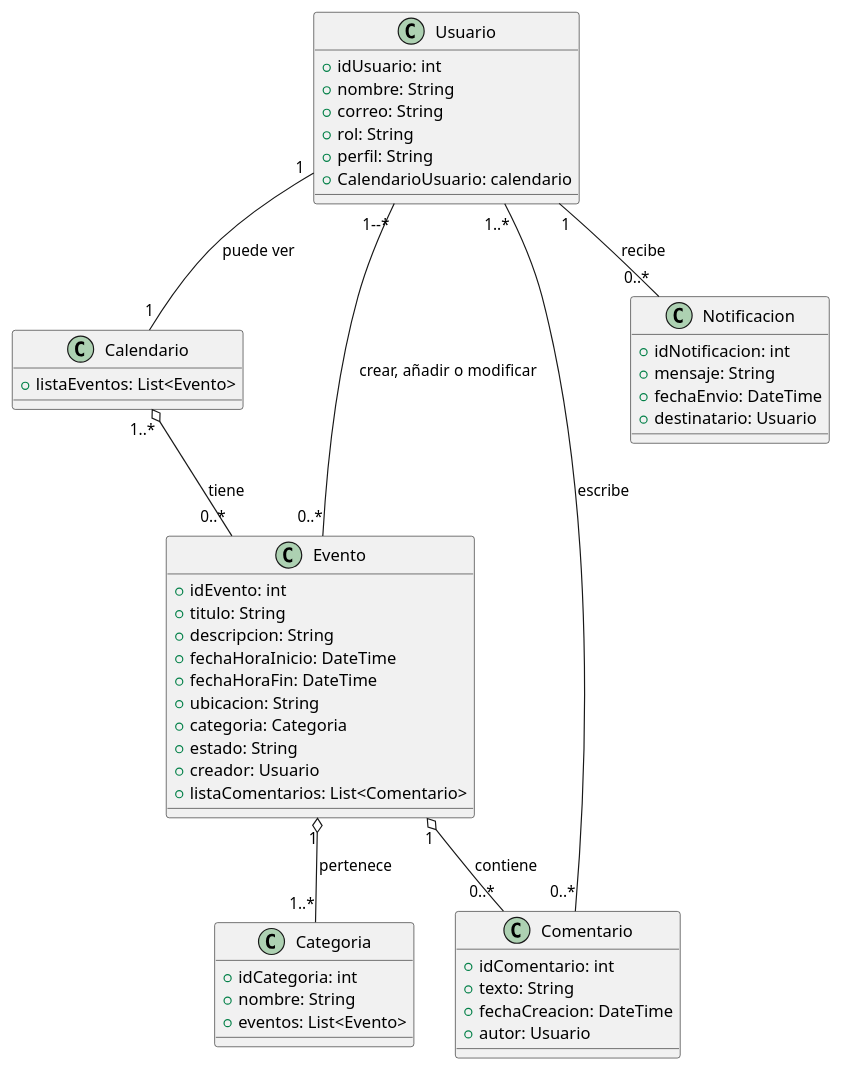
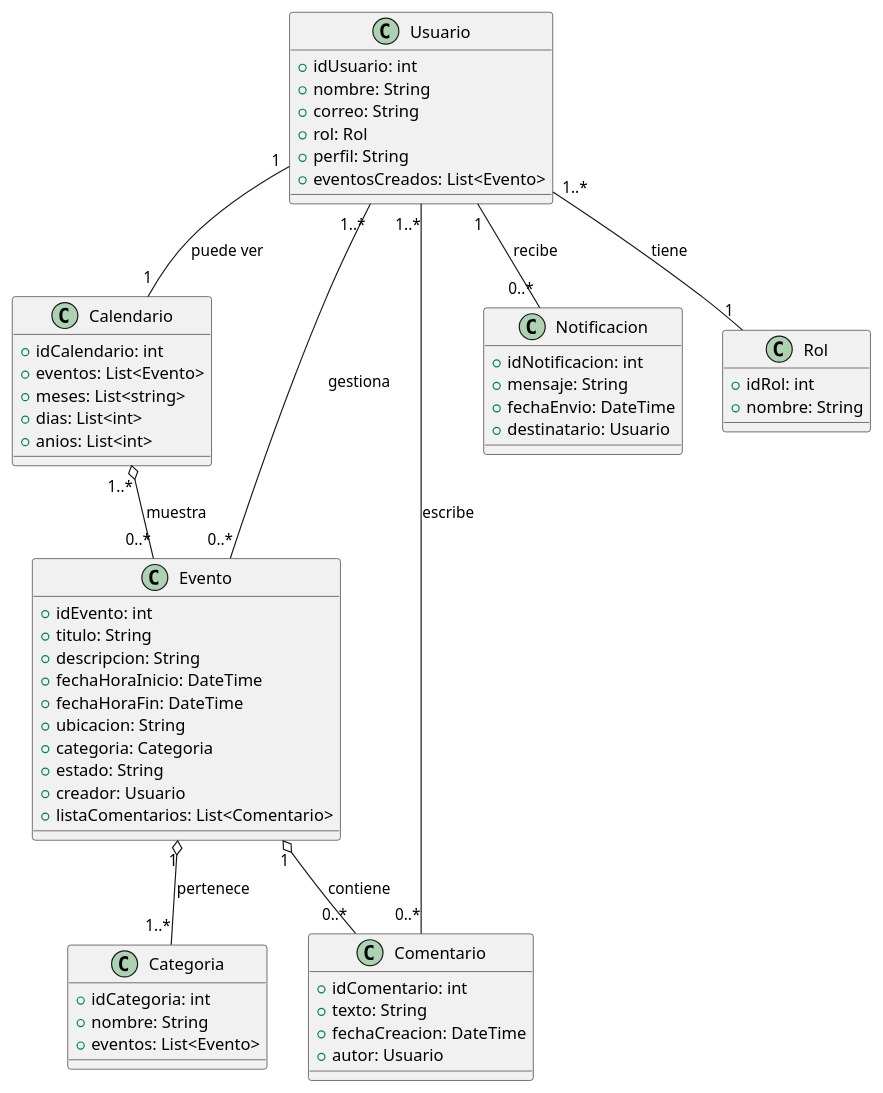
One commit to Andreinalcm/Proyecto_de_inge_grupo4 changed the diagram in docs/diagrams/diagrama_de_clases.plantuml. Above: the diagram before and after it, drawn with PlantUML.

Commit message:
Modifique el calendario

```diff
--- a/docs/diagrams/diagrama_de_clases.plantuml
+++ b/docs/diagrams/diagrama_de_clases.plantuml
@@ -1,59 +1,68 @@
 @startuml Diagrama de clases
 
-hide empty description
 
 class Usuario {
     +idUsuario: int
     +nombre: String
     +correo: String
-    +rol: String
+    +rol: Rol
     +perfil: String
-    +CalendarioUsuario: calendario
+    +eventosCreados: List<Evento>
 }
 
 class Calendario {
-    +listaEventos: List<Evento>
+    +idCalendario: int
+    +eventos: List<Evento>
+    +meses: List<string>
+    +dias: List<int>
+    +anios: List<int>
 }
 
 class Evento {
     +idEvento: int
     +titulo: String
     +descripcion: String
     +fechaHoraInicio: DateTime
     +fechaHoraFin: DateTime
     +ubicacion: String
     +categoria: Categoria
     +estado: String
     +creador: Usuario
     +listaComentarios: List<Comentario>
 }
 
 class Comentario {
     +idComentario: int
     +texto: String
     +fechaCreacion: DateTime
     +autor: Usuario
 }
 
 class Categoria {
     +idCategoria: int
     +nombre: String
     +eventos: List<Evento>
 }
 
 class Notificacion {
     +idNotificacion: int
     +mensaje: String
     +fechaEnvio: DateTime
     +destinatario: Usuario
 }
 
-Usuario "1--*" -- "0..*" Evento : crear, añadir o modificar
+class Rol{
+    +idRol: int
+    +nombre: String
+}
+
+Usuario "1..*" -- "0..*" Evento : gestiona
 Usuario "1..*" -- "0..*" Comentario : escribe
+Usuario "1..*" -- "1" Rol : tiene
 Evento "1" o-- "0..*" Comentario : contiene
 Evento "1" o-- "1..*" Categoria : pertenece
 Usuario "1" -- "0..*" Notificacion : recibe
 Usuario "1" -- "1" Calendario : puede ver
-Calendario "1..*" o-- "0..*" Evento: tiene
+Calendario "1..*" o-- "0..*" Evento: muestra
 
 @enduml
```
